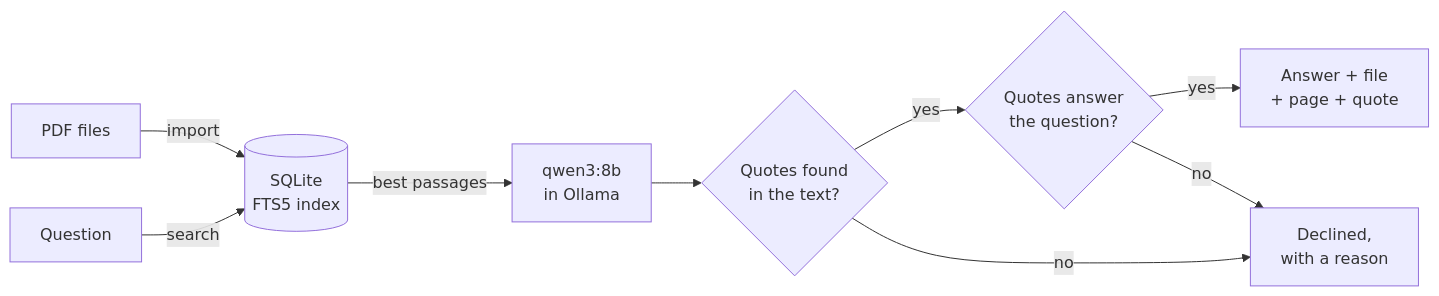
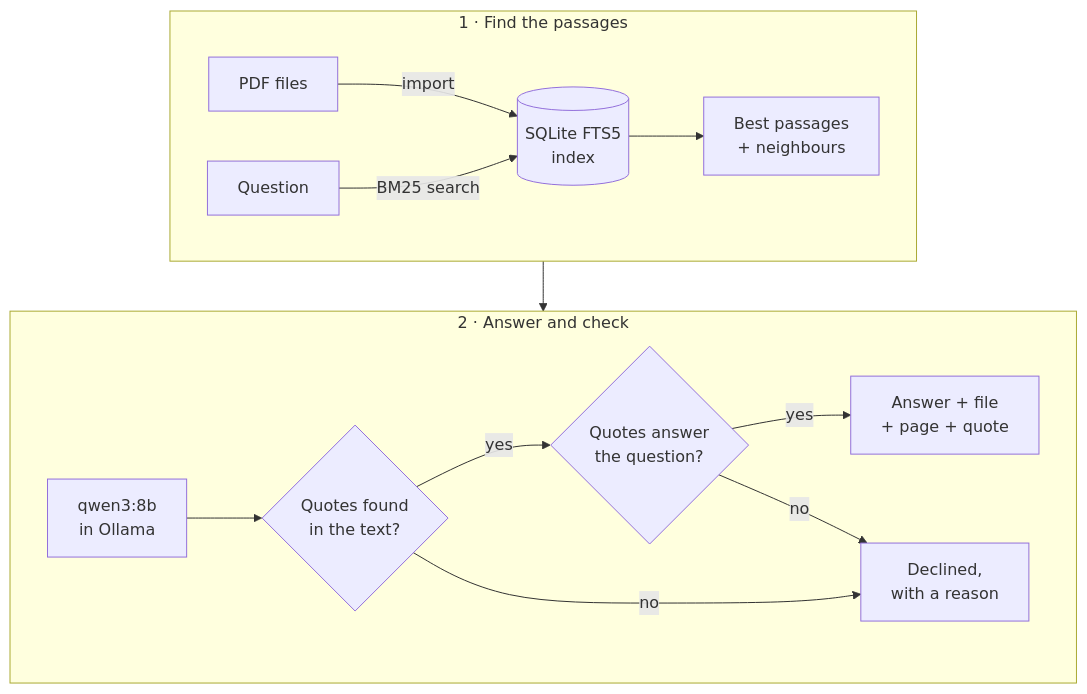
One commit to HeinzDanner/ki-werkstatt changed the diagram in fundstelle/README.md. Above: the diagram before and after it, drawn with Mermaid. The commit also changed 1 other file, not shown here.

Commit message:
Lay out both diagrams in two rows for readable text on GitHub

````diff
--- a/fundstelle/README.md
+++ b/fundstelle/README.md
@@ -35,11 +35,18 @@
 ```mermaid
-flowchart LR
-    PDF["PDF files"] -->|import| IDX[("SQLite<br/>FTS5 index")]
-    Q["Question"] -->|search| IDX
-    IDX -->|best passages| LLM["qwen3:8b<br/>in Ollama"]
-    LLM --> CHK{"Quotes found<br/>in the text?"}
-    CHK -->|yes| VER{"Quotes answer<br/>the question?"}
-    CHK -->|no| NO["Declined,<br/>with a reason"]
-    VER -->|yes| ANS["Answer + file<br/>+ page + quote"]
-    VER -->|no| NO
+flowchart TB
+    subgraph FIND["1 · Find the passages"]
+        direction LR
+        PDF["PDF files"] -->|import| IDX[("SQLite FTS5<br/>index")]
+        Q["Question"] -->|BM25 search| IDX
+        IDX --> P["Best passages<br/>+ neighbours"]
+    end
+    subgraph ANSWER["2 · Answer and check"]
+        direction LR
+        LLM["qwen3:8b<br/>in Ollama"] --> CHK{"Quotes found<br/>in the text?"}
+        CHK -->|yes| VER{"Quotes answer<br/>the question?"}
+        VER -->|yes| ANS["Answer + file<br/>+ page + quote"]
+        CHK -->|no| NO["Declined,<br/>with a reason"]
+        VER -->|no| NO
+    end
+    FIND --> ANSWER
 ```
````
